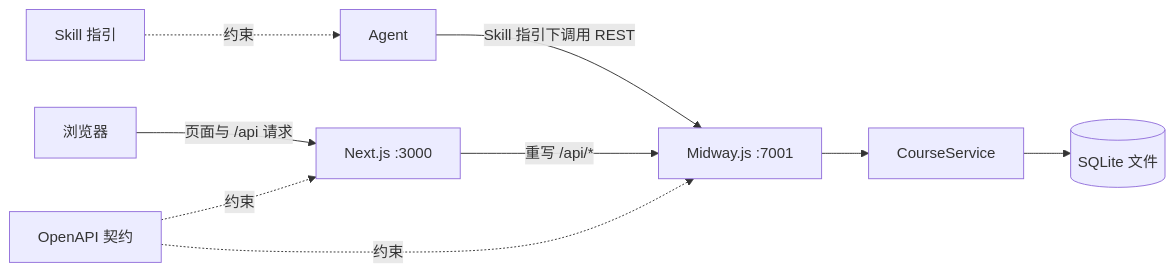
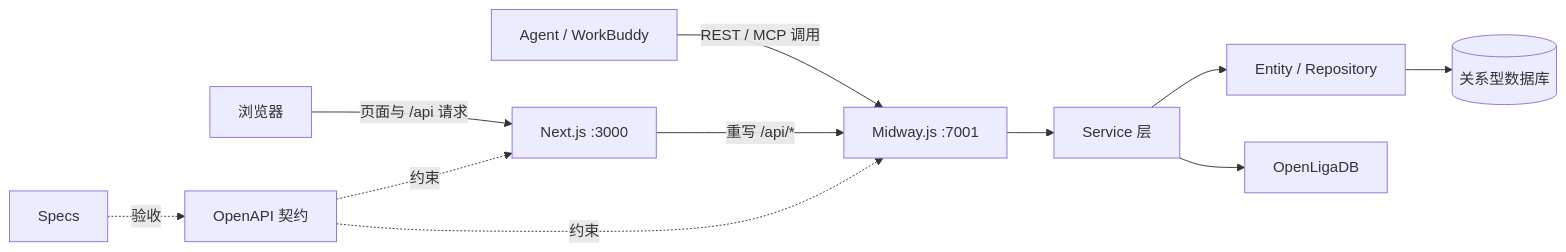
Before and after one commit to 235826/webdevnju: the diagram in docs/architecture.md, drawn with Mermaid. The commit also changed other lines of this file and 63 other files, not shown here.

````diff
--- a/docs/architecture.md
+++ b/docs/architecture.md
@@ -3,11 +3,13 @@
 ```mermaid
 flowchart LR
   Browser["浏览器"] -->|"页面与 /api 请求"| Next["Next.js :3000"]
-  Agent["Agent"] -->|"Skill 指引下调用 REST"| Midway["Midway.js :7001"]
+  Agent["Agent / WorkBuddy"] -->|"REST / MCP 调用"| Midway["Midway.js :7001"]
   Next -->|"重写 /api/*"| Midway
-  Midway --> Service["CourseService"]
-  Service --> SQLite[("SQLite 文件")]
+  Midway --> Service["Service 层"]
+  Service --> Repository["Entity / Repository"]
+  Repository --> Database[("关系型数据库")]
+  Service --> OpenLigaDB["OpenLigaDB"]
   Contract["OpenAPI 契约"] -.约束.-> Next
   Contract -.约束.-> Midway
-  Skill["Skill 指引"] -.约束.-> Agent
+  Specs["Specs"] -.验收.-> Contract
 ```
````
